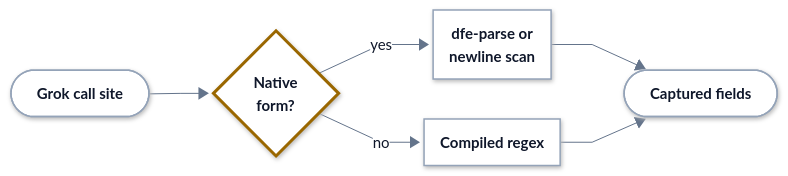
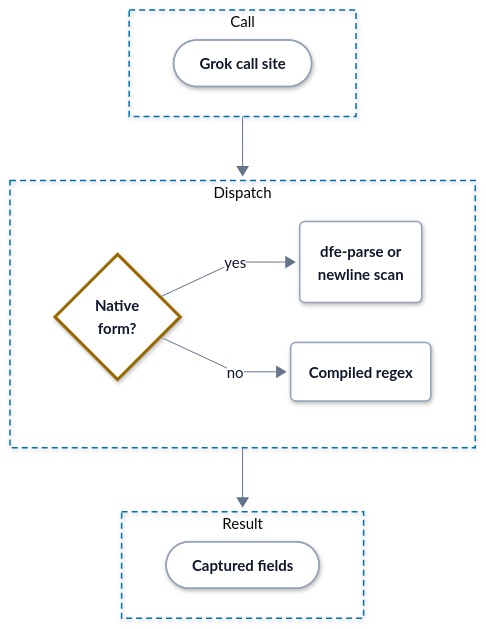
Before and after one commit to hyperi-io/dfe-transform-elastic: the diagram in docs/parsers.md, drawn with Mermaid. The commit also changed other lines of this file and 11 other files, not shown here.

First line of the commit message:
docs(architecture): align Elastic transform pages with the standard (#190)

````diff
--- a/docs/parsers.md
+++ b/docs/parsers.md
@@ -52,21 +52,33 @@
     .ui .label-icon{color:#D9480F}
     .ext .label-icon{color:#64748B}
 ---
-flowchart LR
+flowchart TB
     accTitle: L4 Detail -- Grok dispatch
     accDescr: A grok call site checks whether its pattern is one of the native whole-pattern forms. If so it runs a dfe-parse parser or a newline scan, otherwise the compiled regex. Both return the captured fields.
 
-    site(["<b>Grok call site</b>"])
-    form{"<b>Native<br/>form?</b>"}
-    native["<b>dfe-parse or<br/>newline scan</b>"]
-    regex["<b>Compiled regex</b>"]
-    fields(["<b>Captured fields</b>"])
+    subgraph IN["Call"]
+        direction LR
+        site(["<b>Grok call site</b>"])
+    end
 
-    site --> form
-    form -->|yes| native
-    form -->|no| regex
-    native --> fields
-    regex --> fields
+    subgraph D["Dispatch"]
+        direction LR
+        form{"<b>Native<br/>form?</b>"}
+        native("<b>dfe-parse or<br/>newline scan</b>")
+        regex("<b>Compiled regex</b>")
+        form -->|yes| native
+        form -->|no| regex
+    end
+
+    subgraph OUT["Result"]
+        direction LR
+        fields(["<b>Captured fields</b>"])
+    end
+
+    IN --> D
+    D --> OUT
+  class form decision
+  class site,native,regex,fields part
   classDef ext fill:#F4F6F8,stroke:#94A3B8,stroke-width:1.5px,stroke-dasharray:5 4,color:#0F172A
   classDef ingest fill:#FFFFFF,stroke:#0E8A7D,stroke-width:3px,color:#0F172A
   classDef xform fill:#FFFFFF,stroke:#7B4FB0,stroke-width:3px,color:#0F172A
@@ -78,6 +90,7 @@
   classDef error fill:#FFFFFF,stroke:#C2410C,stroke-width:3px,color:#0F172A
   classDef control fill:#FFFFFF,stroke:#334155,stroke-width:3px,color:#0F172A
   classDef part fill:#FFFFFF,stroke:#94A3B8,stroke-width:1.5px,color:#0F172A
-  class form decision
-  class site,native,regex,fields part
+  style IN fill:none,stroke:#0072B2,stroke-width:1.5px,stroke-dasharray:6 4
+  style D fill:none,stroke:#0072B2,stroke-width:1.5px,stroke-dasharray:6 4
+  style OUT fill:none,stroke:#0072B2,stroke-width:1.5px,stroke-dasharray:6 4
 ```
````
